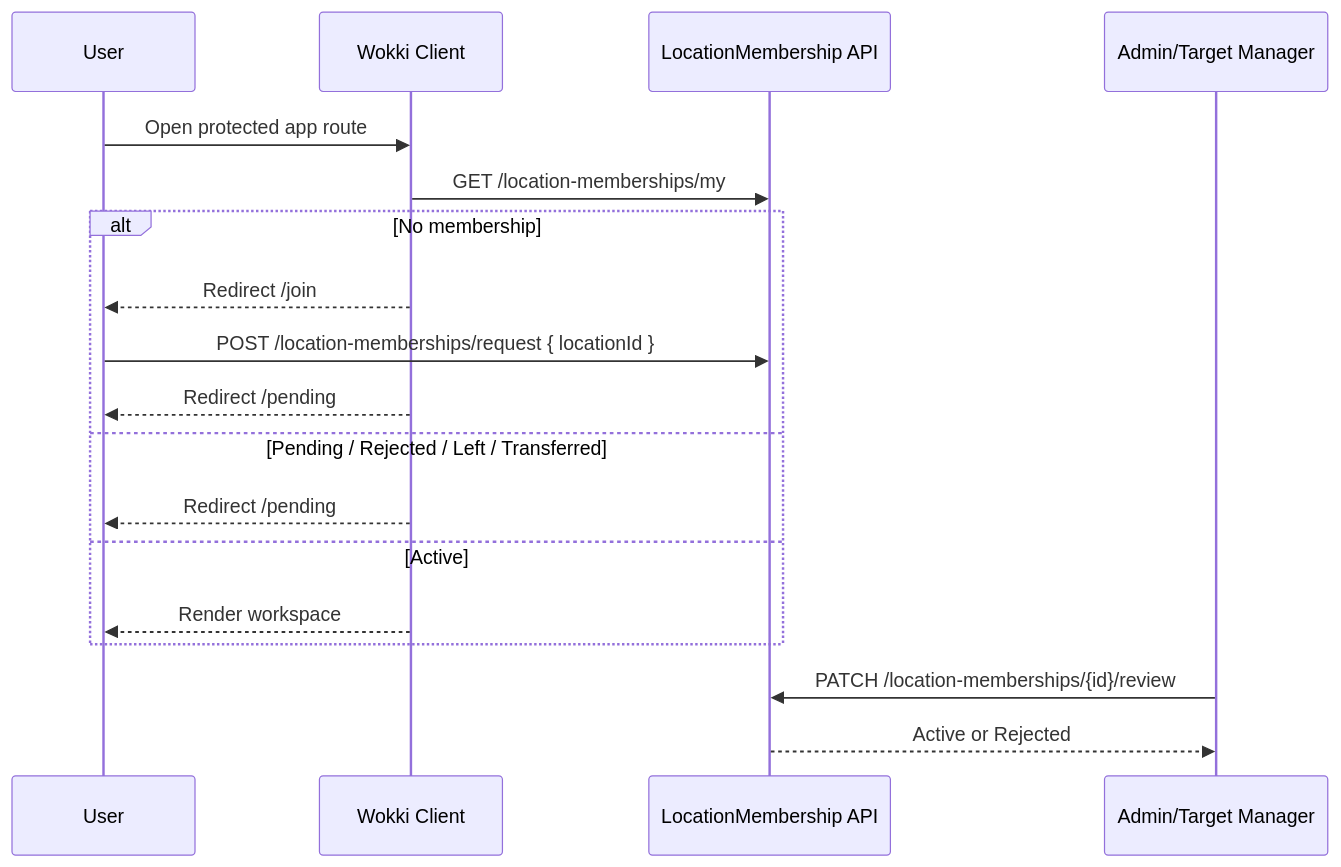
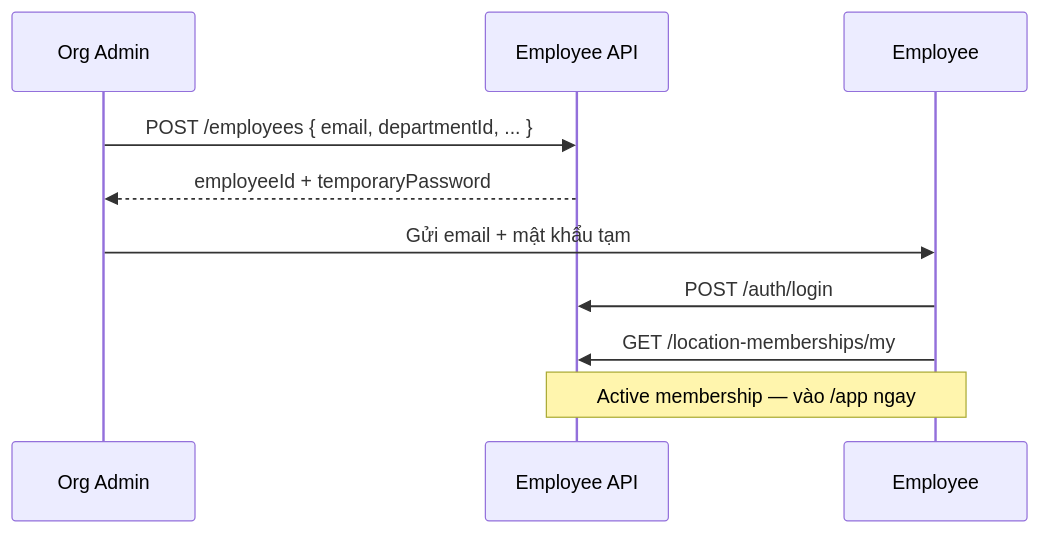
Before and after one commit to darrenak403/wokki-server: the second of 13 diagrams in docs/process-flows.md, drawn with Mermaid. The commit also changed other lines of this file and 183 other files, not shown here.

First line of the commit message:
Update documentation for branch workspace access and membership management

````diff
--- a/docs/process-flows.md
+++ b/docs/process-flows.md
@@ -22,21 +24,13 @@
 ```mermaid
 sequenceDiagram
-    participant U as User
-    participant FE as Wokki Client
-    participant API as LocationMembership API
-    participant R as Admin/Target Manager
+    participant A as Org Admin
+    participant API as Employee API
+    participant E as Employee
 
-    U->>FE: Open protected app route
-    FE->>API: GET /location-memberships/my
-    alt No membership
-        FE-->>U: Redirect /join
-        U->>API: POST /location-memberships/request { locationId }
-        FE-->>U: Redirect /pending
-    else Pending / Rejected / Left / Transferred
-        FE-->>U: Redirect /pending
-    else Active
-        FE-->>U: Render workspace
-    end
-    R->>API: PATCH /location-memberships/{id}/review
-    API-->>R: Active or Rejected
+    A->>API: POST /employees { email, departmentId, ... }
+    API-->>A: employeeId + temporaryPassword
+    A->>E: Gửi email + mật khẩu tạm
+    E->>API: POST /auth/login
+    E->>API: GET /location-memberships/my
+    Note over E,API: Active membership — vào /app ngay
 ```
````
